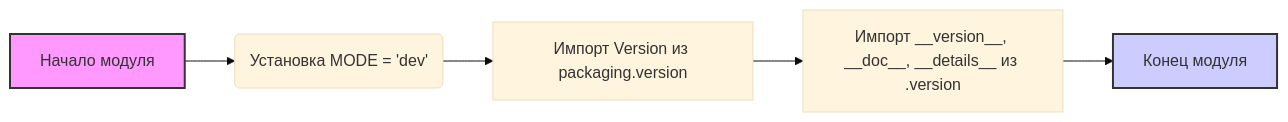
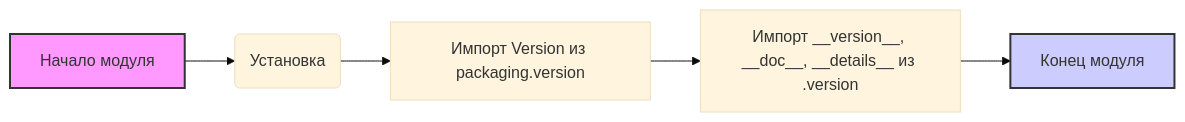
Before and after one commit to hypo69/hypo: the diagram in docs/gemini/ru/explainer/src/endpoints/prestashop/_examples/__init__.py.md, drawn with Mermaid (base theme). The commit also changed other lines of this file and 6031 other files, not shown here.

````diff
--- a/docs/gemini/ru/explainer/src/endpoints/prestashop/_examples/__init__.py.md
+++ b/docs/gemini/ru/explainer/src/endpoints/prestashop/_examples/__init__.py.md
@@ -28,10 +28,10 @@
 ```mermaid
 graph LR
-    A[Начало модуля] --> B(Установка MODE = 'dev');
+    A[Начало модуля] --> B(Установка );
     B --> C[Импорт Version из packaging.version];
     C --> D[Импорт __version__, __doc__, __details__ из .version];
     D --> E[Конец модуля];
     
     style A fill:#f9f,stroke:#333,stroke-width:2px
     style E fill:#ccf,stroke:#333,stroke-width:2px
 ```
````
